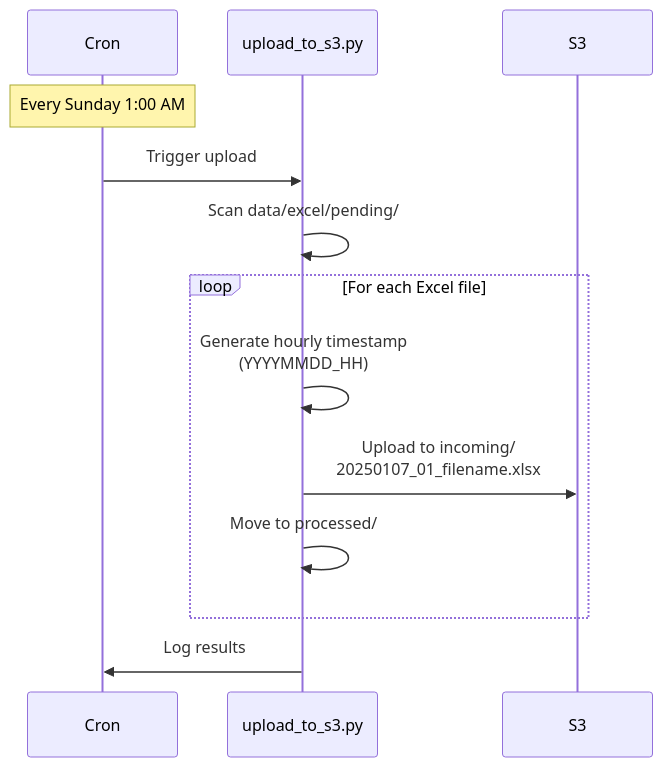
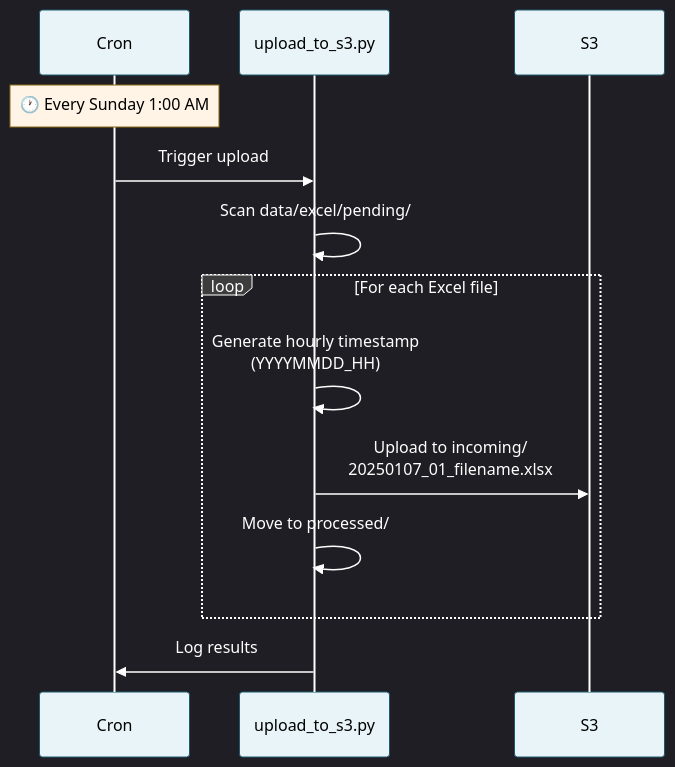
One commit to GMartin-Data/e1-certification changed the second of 7 diagrams in docs/architecture/etl-workflow.md. Above: the diagram before and after it, drawn with Mermaid. The commit also changed other lines of this file, not shown here.

Commit message:
docs: improve graphs readability in etl-workflow.md

````diff
--- a/docs/architecture/etl-workflow.md
+++ b/docs/architecture/etl-workflow.md
@@ -36,18 +56,45 @@
 ```mermaid
+%%{init: {
+  'theme': 'dark',
+  'themeVariables': {
+    'primaryColor': '#1a1a1a',
+    'primaryTextColor': '#ffffff',
+    'primaryBorderColor': '#ffffff',
+    'background': '#000000',
+    'mainBkg': '#1a1a1a',
+    'actorBkg': '#E8F4F8',
+    'actorBorder': '#1E5A6E',
+    'actorTextColor': '#000000',
+    'actorLineColor': '#ffffff',
+    'signalColor': '#ffffff',
+    'signalTextColor': '#ffffff',
+    'labelBoxBkgColor': '#3d3d3d',
+    'labelBoxBorderColor': '#ffffff',
+    'labelTextColor': '#ffffff',
+    'loopTextColor': '#ffffff',
+    'activationBorderColor': '#ffffff',
+    'activationBkgColor': '#003D82',
+    'sequenceNumberColor': '#ffffff',
+    'noteBkgColor': '#FFF4E6',
+    'noteTextColor': '#000000',
+    'noteBorderColor': '#8B6914'
+  }
+}}%%
+
 sequenceDiagram
     participant Cron
     participant Script as upload_to_s3.py
     participant S3
 
-    Note over Cron: Every Sunday 1:00 AM
+    Note over Cron: 🕐 Every Sunday 1:00 AM
     Cron->>Script: Trigger upload
     Script->>Script: Scan data/excel/pending/
 
     loop For each Excel file
         Script->>Script: Generate hourly timestamp<br/>(YYYYMMDD_HH)
         Script->>S3: Upload to incoming/<br/>20250107_01_filename.xlsx
         Script->>Script: Move to processed/
     end
 
     Script->>Cron: Log results
 ```
````
